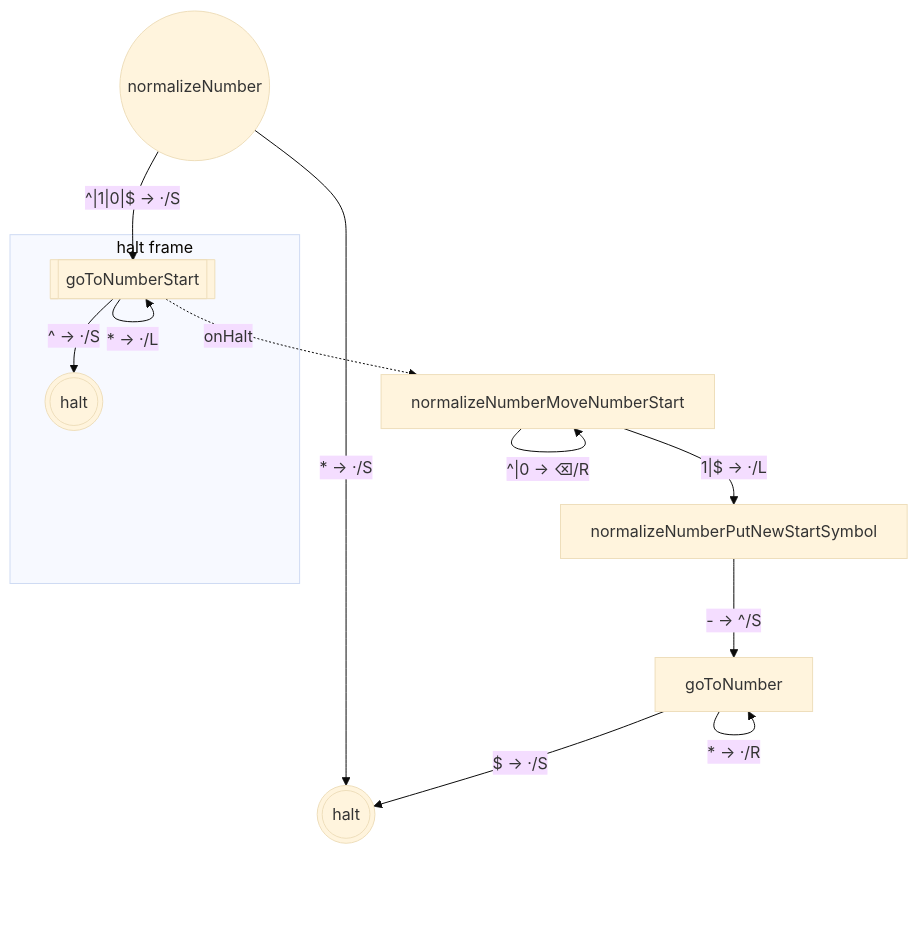
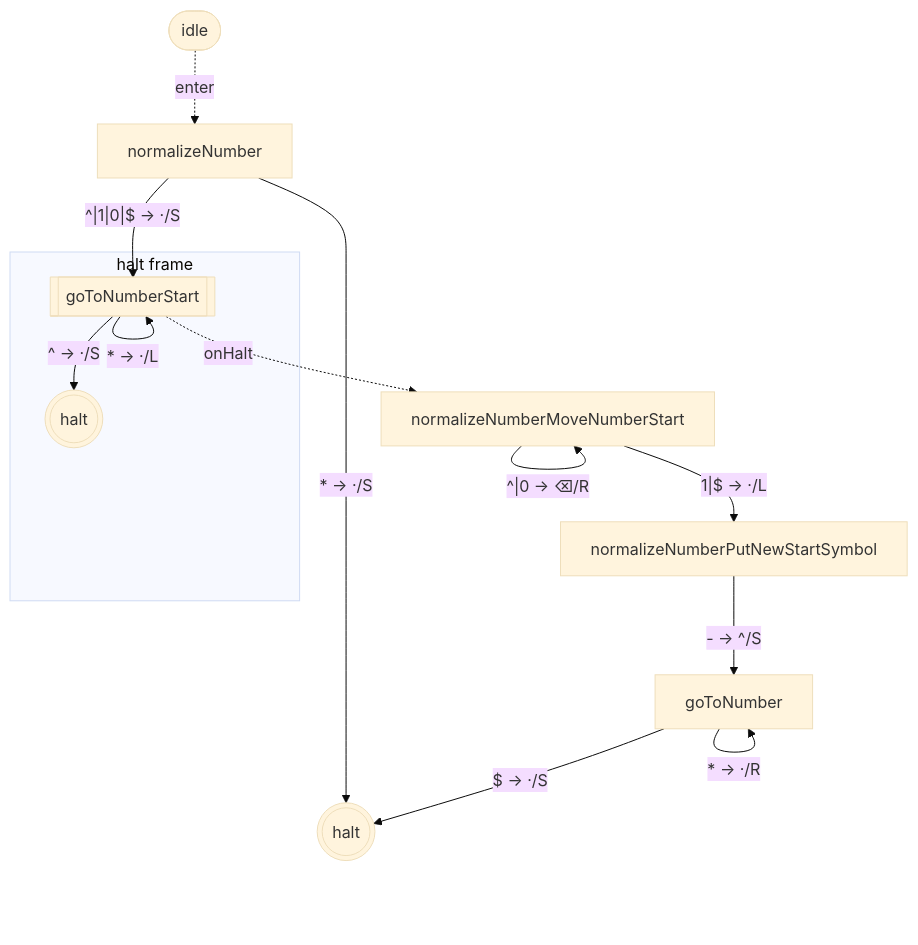
Before and after one commit to mellonis/turing-machine-js: the seventh of 10 diagrams in packages/library-binary-numbers/states.md, drawn with Mermaid (base theme). The commit also changed other lines of this file and 5 other files, not shown here.

````diff
--- a/packages/library-binary-numbers/states.md
+++ b/packages/library-binary-numbers/states.md
@@ -111,23 +123,25 @@
 ```mermaid
 flowchart TD
 %% alphabets: [[" ","^","$","0","1"]]
   s0(((halt)))
   s1["goToNumber"]
   s12["normalizeNumberPutNewStartSymbol"]
   s13["normalizeNumberMoveNumberStart"]
-  s15(("normalizeNumber"))
+  s15["normalizeNumber"]
+  idle([idle])
   subgraph w_14["halt frame"]
     s14[["goToNumberStart"]]
     c14(((halt)))
   end
+  idle -. enter .-> s15
   s1 -- "$ → ·/S" --> s0
   s1 -- "* → ·/R" --> s1
   s12 -- "- → ^/S" --> s1
   s13 -- "^|0 → ⌫/R" --> s13
   s13 -- "1|$ → ·/L" --> s12
   s14 -- "^ → ·/S" --> c14
   s14 -- "* → ·/L" --> s14
   s14 -. onHalt .-> s13
   s15 -- "^|1|0|$ → ·/S" --> s14
   s15 -- "* → ·/S" --> s0
 ```
````
